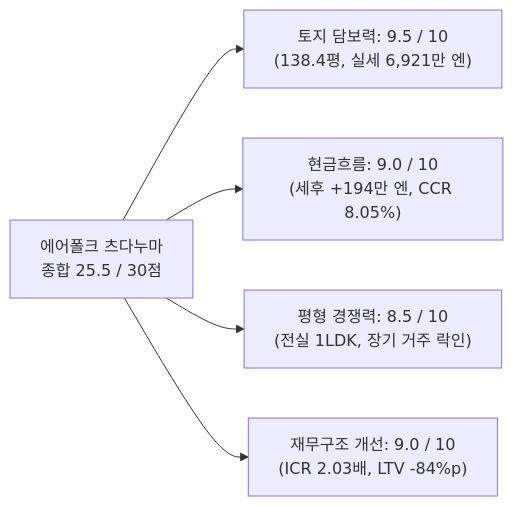
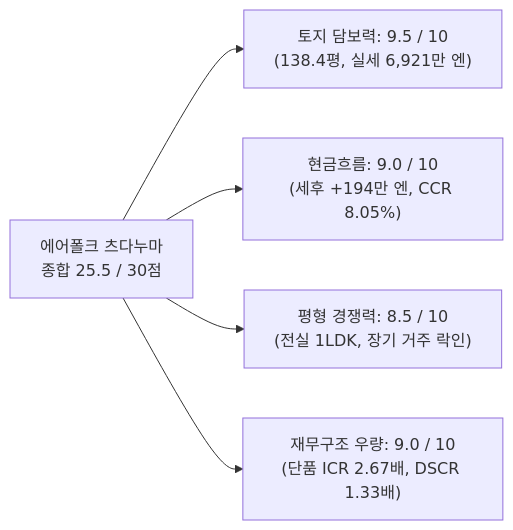
The first of 2 diagrams in erfolg-tsudanuma/Erfolg_Tsudanuma_Investment_Report_KO.md (cocomadde/myrealbiz), drawn with Mermaid before and after one commit. The commit also changed other lines of this file and 44 other files, not shown here.

````diff
--- a/erfolg-tsudanuma/Erfolg_Tsudanuma_Investment_Report_KO.md
+++ b/erfolg-tsudanuma/Erfolg_Tsudanuma_Investment_Report_KO.md
@@ -74,7 +71,7 @@
 ```mermaid
 flowchart LR
     A["에어폴크 츠다누마<br/>종합 25.5 / 30점"] --> B["토지 담보력: 9.5 / 10<br/>(138.4평, 실세 6,921만 엔)"]
     A --> C["현금흐름: 9.0 / 10<br/>(세후 +194만 엔, CCR 8.05%)"]
     A --> D["평형 경쟁력: 8.5 / 10<br/>(전실 1LDK, 장기 거주 락인)"]
-    A --> E["재무구조 개선: 9.0 / 10<br/>(ICR 2.03배, LTV -84%p)"]
+    A --> E["재무구조 우량: 9.0 / 10<br/>(단품 ICR 2.67배, DSCR 1.33배)"]
 ```
````
